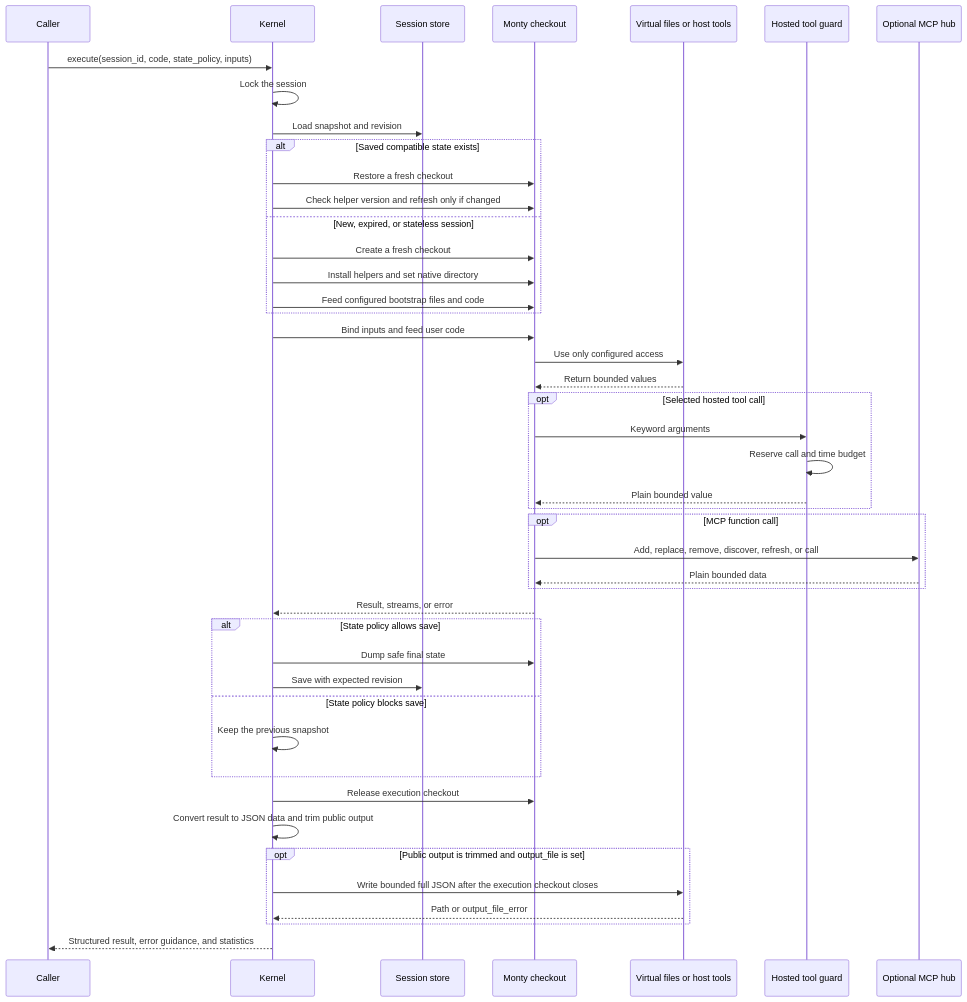
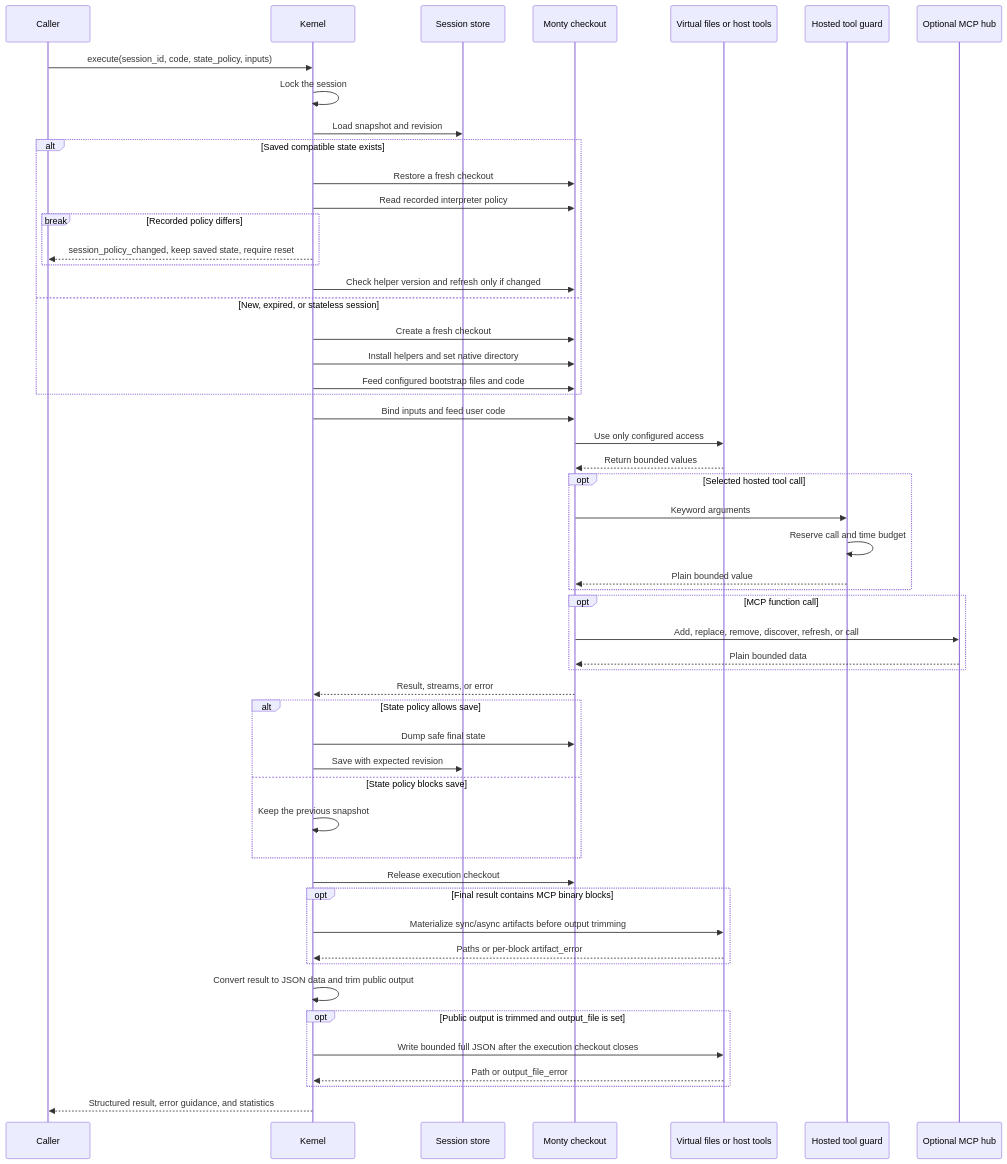
Before and after one commit to sgaseretto/arenero: the second of 6 diagrams in docs/architecture.md, drawn with Mermaid. The commit also changed other lines of this file and 28 other files, not shown here.

Commit message:
feat: close sandbox API gaps and record session policy

````diff
--- a/docs/architecture.md
+++ b/docs/architecture.md
@@ -137,48 +137,56 @@
 ```mermaid
 sequenceDiagram
     participant C as Caller
     participant K as Kernel
     participant S as Session store
     participant M as Monty checkout
     participant F as Virtual files or host tools
     participant T as Hosted tool guard
     participant H as Optional MCP hub
 
     C->>K: execute(session_id, code, state_policy, inputs)
     K->>K: Lock the session
     K->>S: Load snapshot and revision
     alt Saved compatible state exists
         K->>M: Restore a fresh checkout
+        K->>M: Read recorded interpreter policy
+        break Recorded policy differs
+            K-->>C: session_policy_changed, keep saved state, require reset
+        end
         K->>M: Check helper version and refresh only if changed
     else New, expired, or stateless session
         K->>M: Create a fresh checkout
         K->>M: Install helpers and set native directory
         K->>M: Feed configured bootstrap files and code
     end
     K->>M: Bind inputs and feed user code
     M->>F: Use only configured access
     F-->>M: Return bounded values
     opt Selected hosted tool call
         M->>T: Keyword arguments
         T->>T: Reserve call and time budget
         T-->>M: Plain bounded value
     end
     opt MCP function call
         M->>H: Add, replace, remove, discover, refresh, or call
         H-->>M: Plain bounded data
     end
     M-->>K: Result, streams, or error
     alt State policy allows save
         K->>M: Dump safe final state
         K->>S: Save with expected revision
     else State policy blocks save
         K->>K: Keep the previous snapshot
     end
     K->>M: Release execution checkout
+    opt Final result contains MCP binary blocks
+        K->>F: Materialize sync/async artifacts before output trimming
+        F-->>K: Paths or per-block artifact_error
+    end
     K->>K: Convert result to JSON data and trim public output
     opt Public output is trimmed and output_file is set
         K->>F: Write bounded full JSON after the execution checkout closes
         F-->>K: Path or output_file_error
     end
     K-->>C: Structured result, error guidance, and statistics
 ```
````
